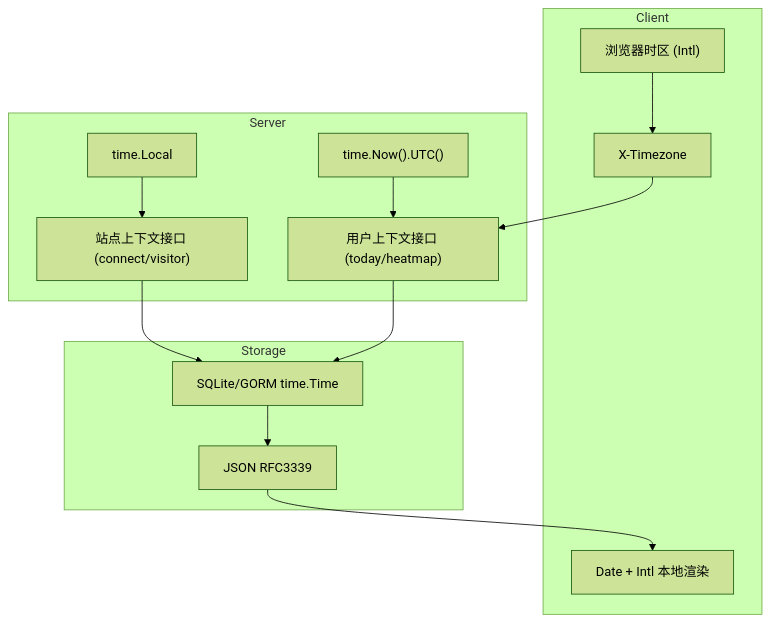
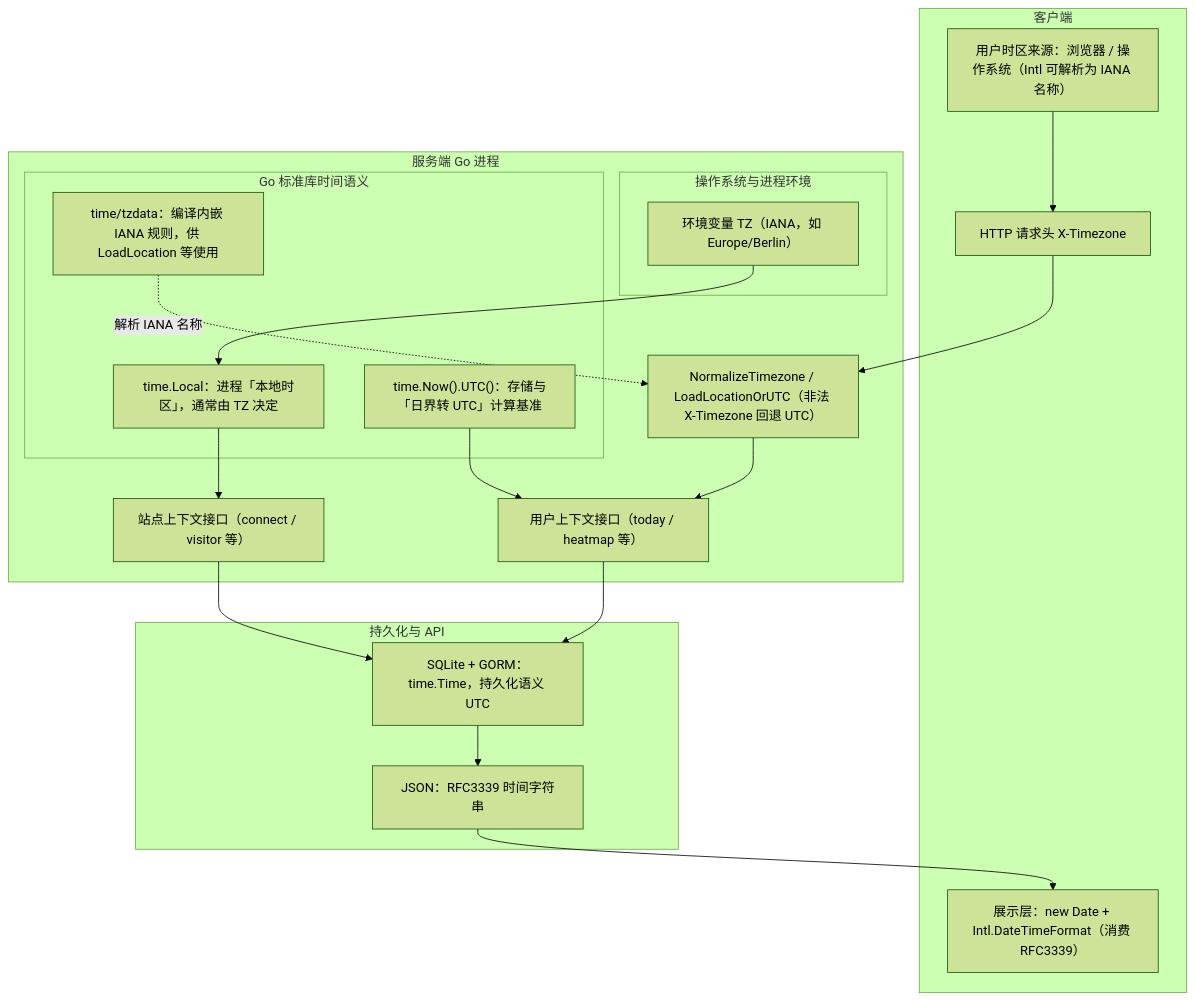
The diagram in docs/dev/timezone-design.md (tszlznl/Ech0), drawn with Mermaid (forest theme) before and after one commit. The commit also changed other lines of this file, not shown here.

First line of the commit message:
docs(timezone): enhance timezone design documentation with detailed architecture and migration guidelines

````diff
--- a/docs/dev/timezone-design.md
+++ b/docs/dev/timezone-design.md
@@ -20,27 +22,38 @@
 ```mermaid
 flowchart TB
-    subgraph client [Client]
-        browserTZ["浏览器时区 (Intl)"]
-        requestHeader["X-Timezone"]
-        localRender["Date + Intl 本地渲染"]
+    subgraph client [客户端]
+        tzFromUA["用户时区来源：浏览器 / 操作系统（Intl 可解析为 IANA 名称）"]
+        xTz["HTTP 请求头 X-Timezone"]
+        render["展示层：new Date + Intl.DateTimeFormat（消费 RFC3339）"]
+        tzFromUA --> xTz
     end
 
-    subgraph server [Server]
-        userScope["用户上下文接口 (today/heatmap)"]
-        siteScope["站点上下文接口 (connect/visitor)"]
-        timeLocal["time.Local"]
-        utcNow["time.Now().UTC()"]
+    subgraph server [服务端 Go 进程]
+        subgraph host [操作系统与进程环境]
+            tzEnv["环境变量 TZ（IANA，如 Europe/Berlin）"]
+        end
+        subgraph gotime [Go 标准库时间语义]
+            tzdata["time/tzdata：编译内嵌 IANA 规则，供 LoadLocation 等使用"]
+            tLocal["time.Local：进程「本地时区」，通常由 TZ 决定"]
+            tUtc["time.Now().UTC()：存储与「日界转 UTC」计算基准"]
+        end
+        norm["NormalizeTimezone / LoadLocationOrUTC（非法 X-Timezone 回退 UTC）"]
+        userApi["用户上下文接口（today / heatmap 等）"]
+        siteApi["站点上下文接口（connect / visitor 等）"]
+        tzEnv --> tLocal
+        tzdata -. 解析 IANA 名称 .-> norm
+        xTz --> norm
+        norm --> userApi
+        tUtc --> userApi
+        tLocal --> siteApi
     end
 
-    subgraph storage [Storage]
-        db["SQLite/GORM time.Time"]
-        api["JSON RFC3339"]
+    subgraph storage [持久化与 API]
+        db["SQLite + GORM：time.Time，持久化语义 UTC"]
+        api["JSON：RFC3339 时间字符串"]
     end
 
-    browserTZ --> requestHeader --> userScope
-    utcNow --> userScope
-    timeLocal --> siteScope
-    userScope --> db
-    siteScope --> db
-    db --> api --> localRender
+    userApi --> db
+    siteApi --> db
+    db --> api --> render
 ```
````
